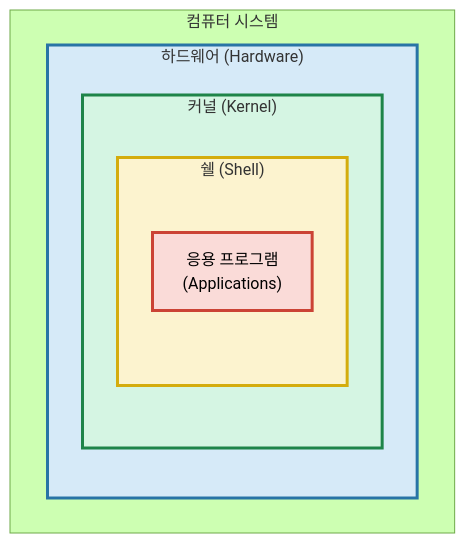
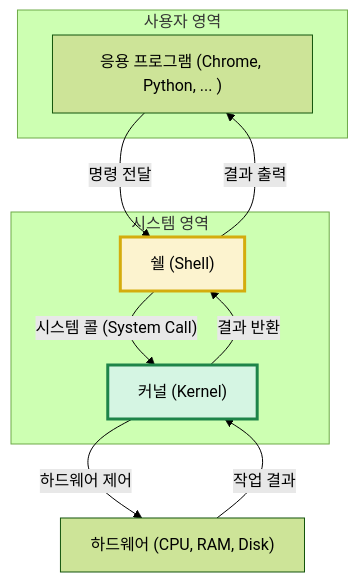
Before and after one commit to hanaoverride/data-scientist-cookbook-for-korean: the diagram in Chapter I. 기반지식 학습/1. 기초 CS 이론/2. 컴퓨터 개론/2. 운영체제.md, drawn with Mermaid (forest theme). The commit also changed other lines of this file and 132 other files, not shown here.

````diff
--- a/Chapter I. 기반지식 학습/1. 기초 CS 이론/2. 컴퓨터 개론/2. 운영체제.md
+++ b/Chapter I. 기반지식 학습/1. 기초 CS 이론/2. 컴퓨터 개론/2. 운영체제.md
@@ -69,18 +70,21 @@
 ```mermaid
 graph TD
-    subgraph "컴퓨터 시스템"
-        subgraph H ["하드웨어 (Hardware)"]
-            subgraph K ["커널 (Kernel)"]
-                subgraph S ["쉘 (Shell)"]
-                    A["응용 프로그램<br>(Applications)"]
-                end
-            end
-        end
+    subgraph "사용자 영역"
+        A["응용 프로그램 (Chrome, Python, ... )"]
     end
-    
-    %% 각 원의 스타일 설정
-    style H fill:#D6EAF8,stroke:#2874A6,stroke-width:3px
+    subgraph "시스템 영역"
+        S["쉘 (Shell)"]
+        K["커널 (Kernel)"]
+    end
+    H["하드웨어 (CPU, RAM, Disk)"]
+
+    A -- "명령 전달" --> S
+    S -- "시스템 콜 (System Call)" --> K
+    K -- "하드웨어 제어" --> H
+    H -- "작업 결과" --> K
+    K -- "결과 반환" --> S
+    S -- "결과 출력" --> A
+
     style K fill:#D5F5E3,stroke:#1E8449,stroke-width:3px
     style S fill:#FCF3CF,stroke:#D4AC0D,stroke-width:3px
-    style A fill:#FADBD8,stroke:#CB4335,stroke-width:3px
 ```
````
